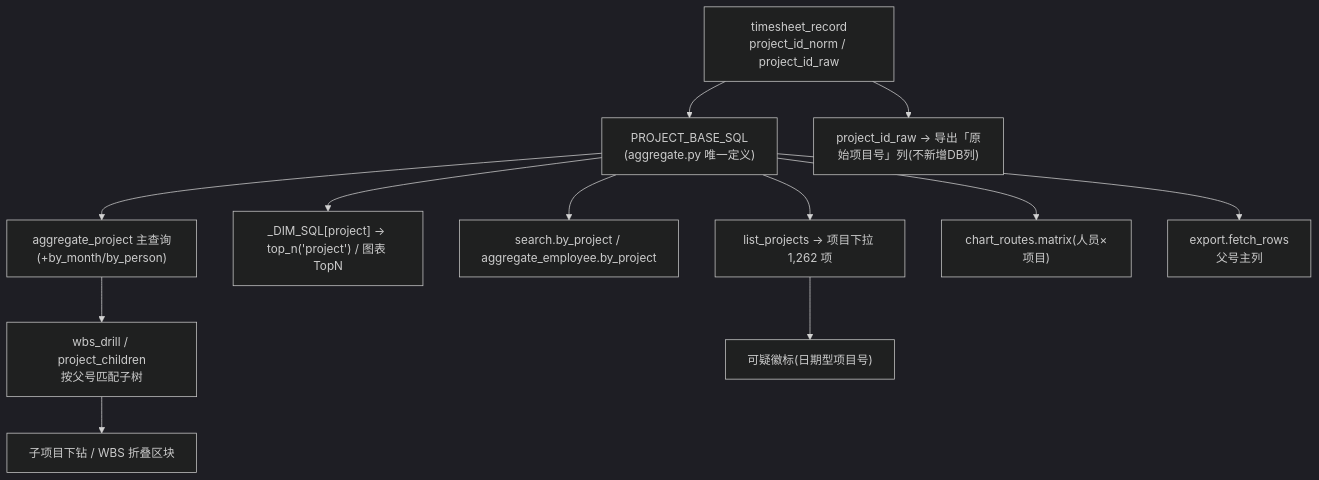
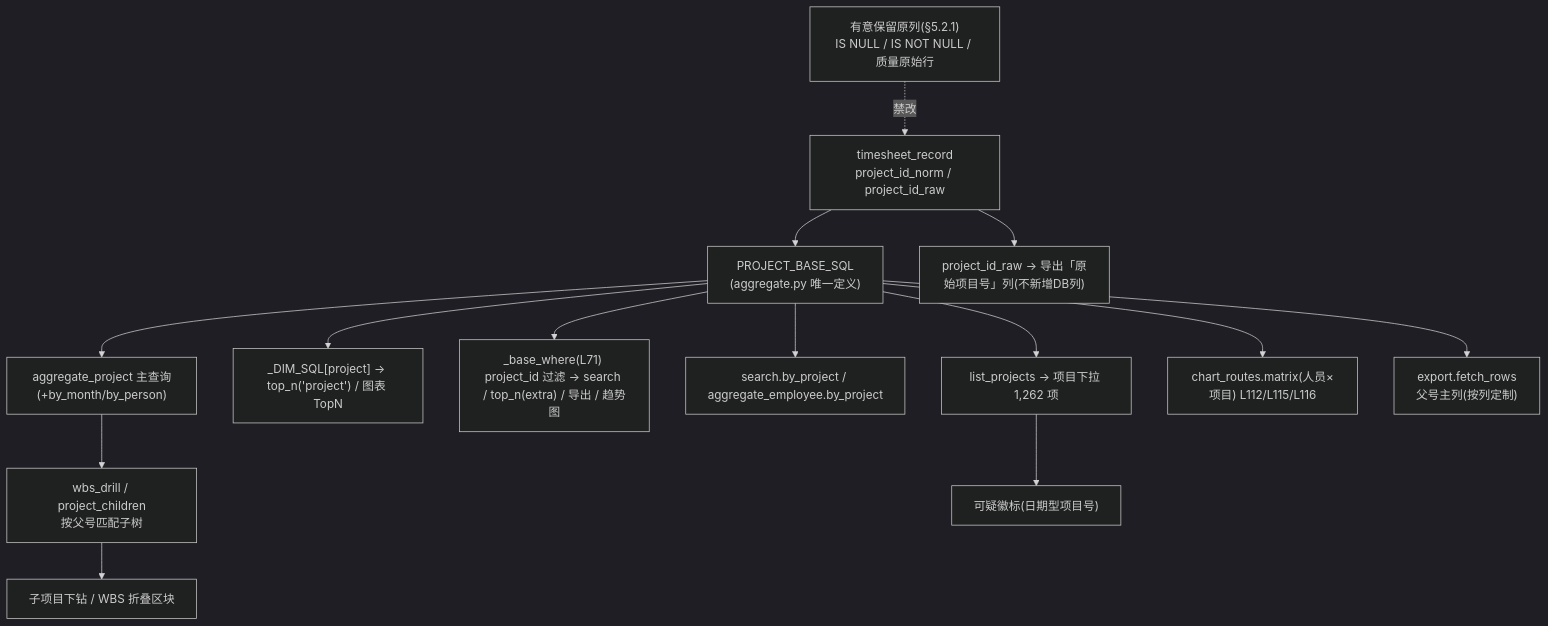
The first of 3 diagrams in docs/增量设计书-第二轮迭代.md (17SiberianWolf/ECAHelper), drawn with Mermaid (dark theme) before and after one commit. The commit also changed other lines of this file, not shown here.

Commit message:
docs: 增量设计书修订——补齐 _base_where/chart matrix 替换点与导出实现机制

````diff
--- a/docs/增量设计书-第二轮迭代.md
+++ b/docs/增量设计书-第二轮迭代.md
@@ -486,14 +534,16 @@
 ```mermaid
 flowchart TD
   A["timesheet_record<br/>project_id_norm / project_id_raw"] --> B["PROJECT_BASE_SQL<br/>(aggregate.py 唯一定义)"]
   B --> C["list_projects → 项目下拉 1,262 项"]
   B --> D["_DIM_SQL[project] → top_n('project') / 图表 TopN"]
-  B --> E["search.by_project / aggregate_employee.by_project"]
+  B --> E["_base_where(L71) project_id 过滤 → search / top_n(extra) / 导出 / 趋势图"]
+  B --> M["search.by_project / aggregate_employee.by_project"]
   B --> F["aggregate_project 主查询(+by_month/by_person)"]
-  B --> G["chart_routes.matrix(人员×项目)"]
-  B --> H["export.fetch_rows<br/>父号主列"]
+  B --> G["chart_routes.matrix(人员×项目) L112/L115/L116"]
+  B --> H["export.fetch_rows<br/>父号主列(按列定制)"]
   A --> I["project_id_raw → 导出「原始项目号」列(不新增DB列)"]
   F --> J["wbs_drill / project_children<br/>按父号匹配子树"]
   J --> K["子项目下钻 / WBS 折叠区块"]
   C --> L["可疑徽标(日期型项目号)"]
+  N["有意保留原列(§5.2.1)<br/>IS NULL / IS NOT NULL / 质量原始行"] -.禁改.-> A
 ```
````
